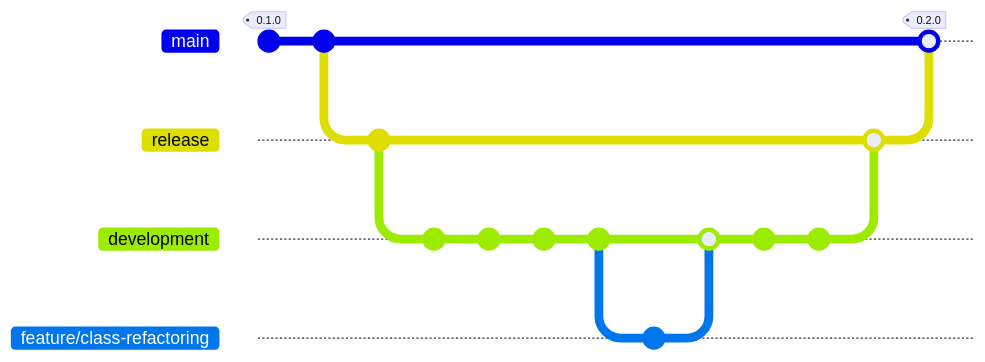
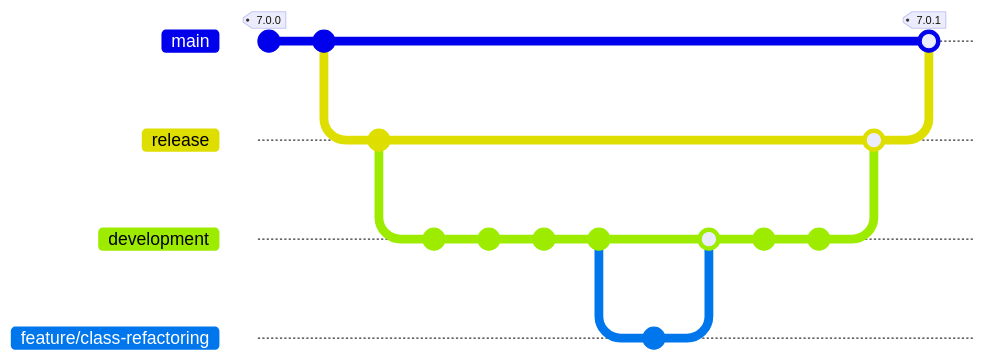
The diagram in docs/release/index.md (giulio333/PyOrchestrate), drawn with Mermaid before and after one commit. The commit also changed other lines of this file and 2 other files, not shown here. Commit ids are hidden.

First line of the commit message:
Update release version and add chatmode documentation

````diff
--- a/docs/release/index.md
+++ b/docs/release/index.md
@@ -23,24 +7,24 @@
 ``` mermaid
 gitGraph
-    commit tag: "0.1.0"
+    commit tag: "7.0.0"
     commit
     branch release
     commit
     branch development
     commit
     commit
     commit
     commit
     checkout development
     branch feature/class-refactoring
     commit
     checkout development
     merge feature/class-refactoring
     commit
     checkout development
     commit id:"test before merge"
     checkout release
     merge development
     checkout main
-    merge release tag: "0.2.0"
+    merge release tag: "7.0.1"
 ```
````
